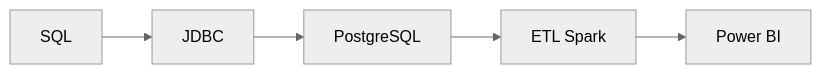
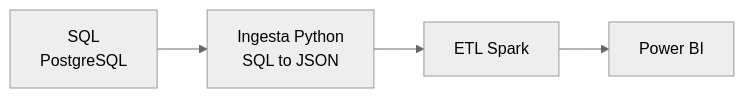
One commit to maavcode/bigdata-p2-itaca changed the diagram in README.md. Above: the diagram before and after it, drawn with Mermaid (neutral theme). The commit also changed other lines of this file and 9 other files, not shown here.

````diff
--- a/README.md
+++ b/README.md
@@ -11,7 +9,6 @@
 ```mermaid
 graph LR
-    A[SQL] --> B[JDBC]
-    B --> C[PostgreSQL]
-    C --> D[ETL Spark]
-    D --> E[Power BI]
+    A[SQL<br/>PostgreSQL] --> B[Ingesta Python<br/>SQL to JSON]
+    B --> C[ETL Spark]
+    C --> D[Power BI]
 ```
````
